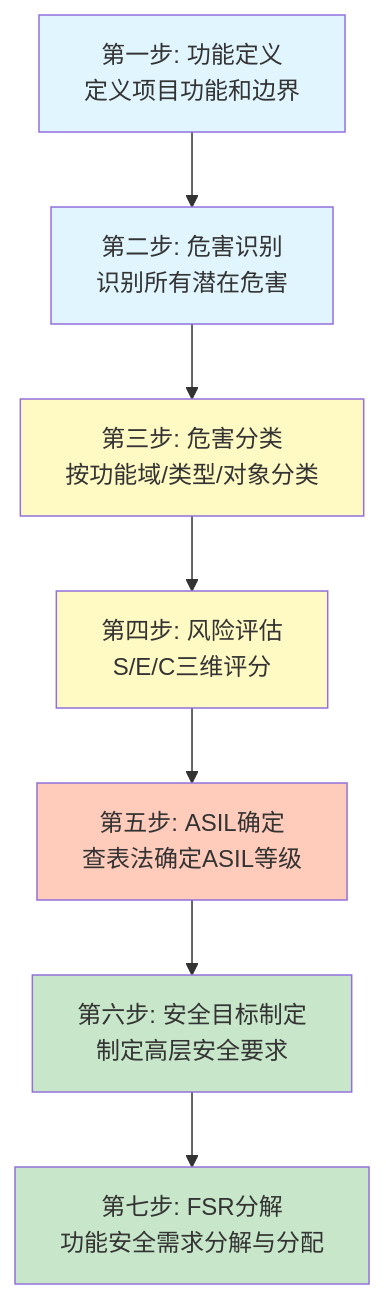
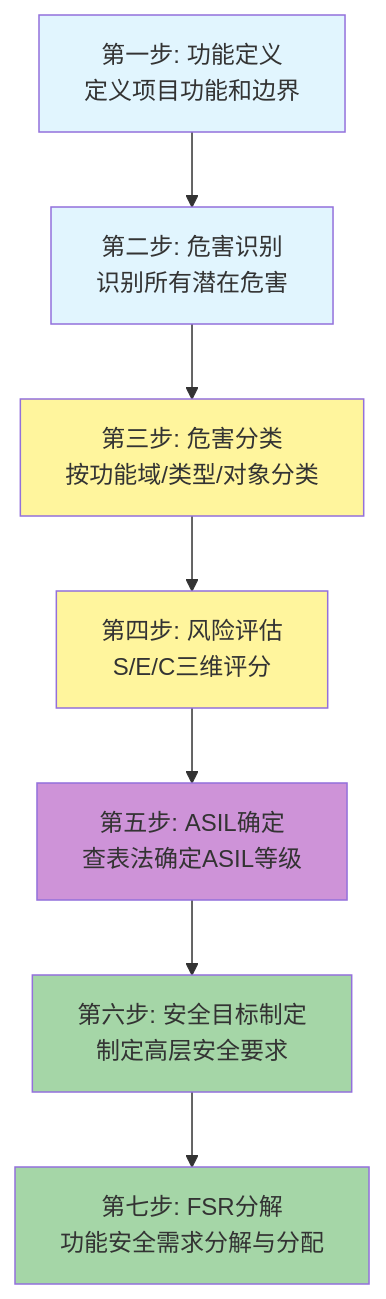
Before and after one commit to s-ai-unix/blog: the sixth of 8 diagrams in content/posts/2026-01-16-automotive-risk-analysis-overview.md, drawn with Mermaid. The commit also changed other lines of this file and 3 other files, not shown here.

````diff
--- a/content/posts/2026-01-16-automotive-risk-analysis-overview.md
+++ b/content/posts/2026-01-16-automotive-risk-analysis-overview.md
@@ -408,17 +413,17 @@
 ```mermaid
 flowchart TD
     A[第一步: 功能定义<br>定义项目功能和边界] --> B[第二步: 危害识别<br>识别所有潜在危害]
     B --> C[第三步: 危害分类<br>按功能域/类型/对象分类]
     C --> D[第四步: 风险评估<br>S/E/C三维评分]
     D --> E[第五步: ASIL确定<br>查表法确定ASIL等级]
     E --> F[第六步: 安全目标制定<br>制定高层安全要求]
     F --> G[第七步: FSR分解<br>功能安全需求分解与分配]
 
     style A fill:#e1f5fe
     style B fill:#e1f5fe
-    style C fill:#fff9c4
-    style D fill:#fff9c4
-    style E fill:#ffccbc
-    style F fill:#c8e6c9
-    style G fill:#c8e6c9
+    style C fill:#fff59d
+    style D fill:#fff59d
+    style E fill:#ce93d8
+    style F fill:#a5d6a7
+    style G fill:#a5d6a7
 ```
````
